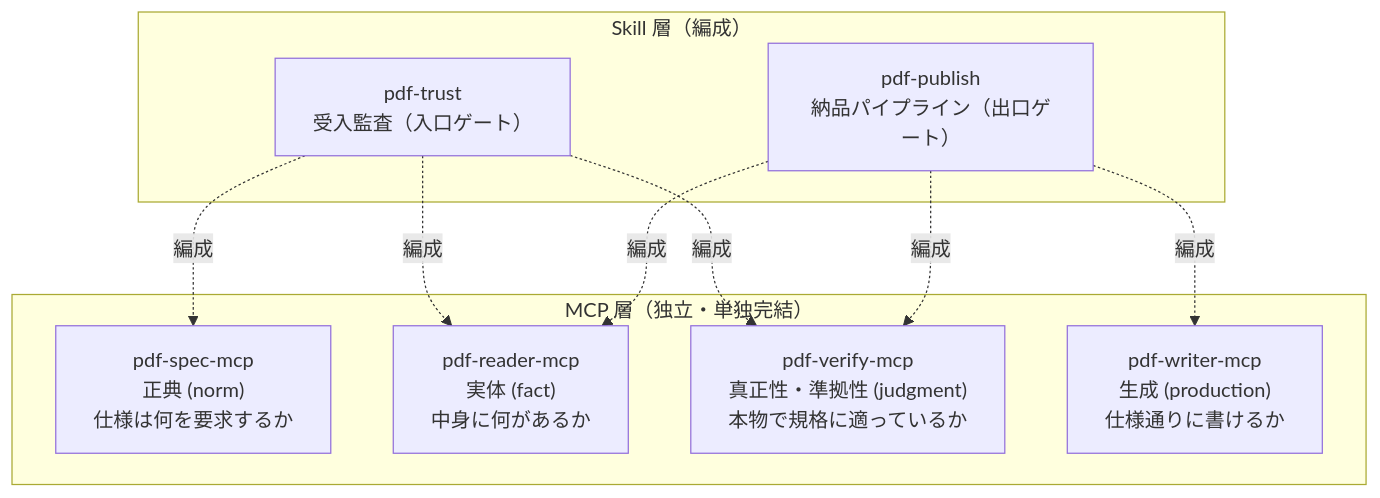
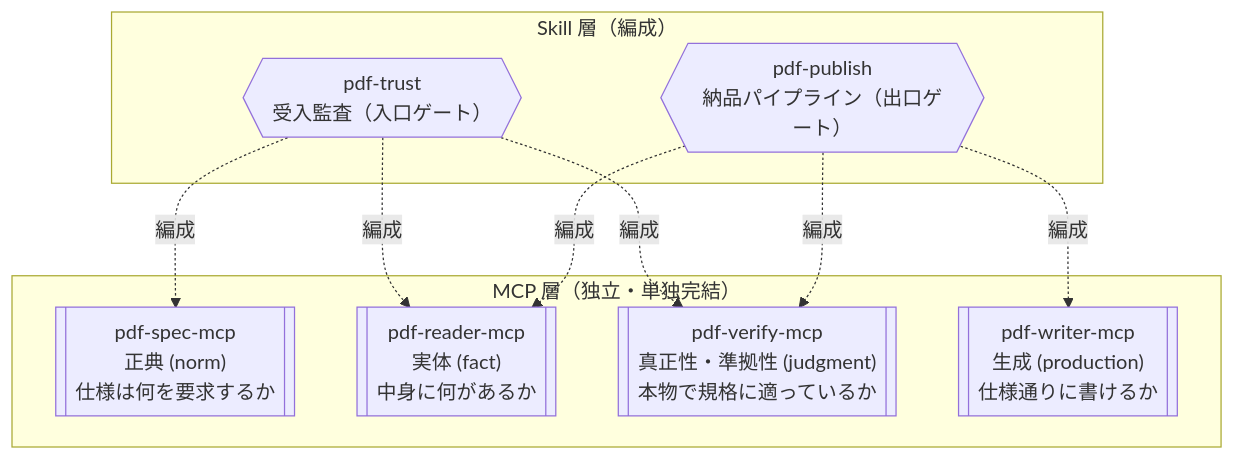
One commit to shuji-bonji/pdf-agent-stack changed the second of 2 diagrams in site/docs/ja/guide/architecture.md. Above: the diagram before and after it, drawn with Mermaid. The commit also changed other lines of this file and 10 other files, not shown here.

Commit message:
fix: Mermaid図を改良

````diff
--- a/site/docs/ja/guide/architecture.md
+++ b/site/docs/ja/guide/architecture.md
@@ -45,15 +47,15 @@
 ```mermaid
 graph TB
   subgraph Skills["Skill 層（編成）"]
-    TRUST["pdf-trust<br>受入監査（入口ゲート）"]
-    PUBLISH["pdf-publish<br>納品パイプライン（出口ゲート）"]
+    TRUST{{"pdf-trust<br>受入監査（入口ゲート）"}}
+    PUBLISH{{"pdf-publish<br>納品パイプライン（出口ゲート）"}}
   end
   subgraph MCPs["MCP 層（独立・単独完結）"]
-    SPEC["pdf-spec-mcp<br>正典 (norm)<br>仕様は何を要求するか"]
-    READER["pdf-reader-mcp<br>実体 (fact)<br>中身に何があるか"]
-    VERIFY["pdf-verify-mcp<br>真正性・準拠性 (judgment)<br>本物で規格に適っているか"]
-    WRITER["pdf-writer-mcp<br>生成 (production)<br>仕様通りに書けるか"]
+    SPEC[["pdf-spec-mcp<br>正典 (norm)<br>仕様は何を要求するか"]]
+    READER[["pdf-reader-mcp<br>実体 (fact)<br>中身に何があるか"]]
+    VERIFY[["pdf-verify-mcp<br>真正性・準拠性 (judgment)<br>本物で規格に適っているか"]]
+    WRITER[["pdf-writer-mcp<br>生成 (production)<br>仕様通りに書けるか"]]
   end
   TRUST -.->|編成| VERIFY & READER & SPEC
   PUBLISH -.->|編成| WRITER & READER & VERIFY
 ```
````
